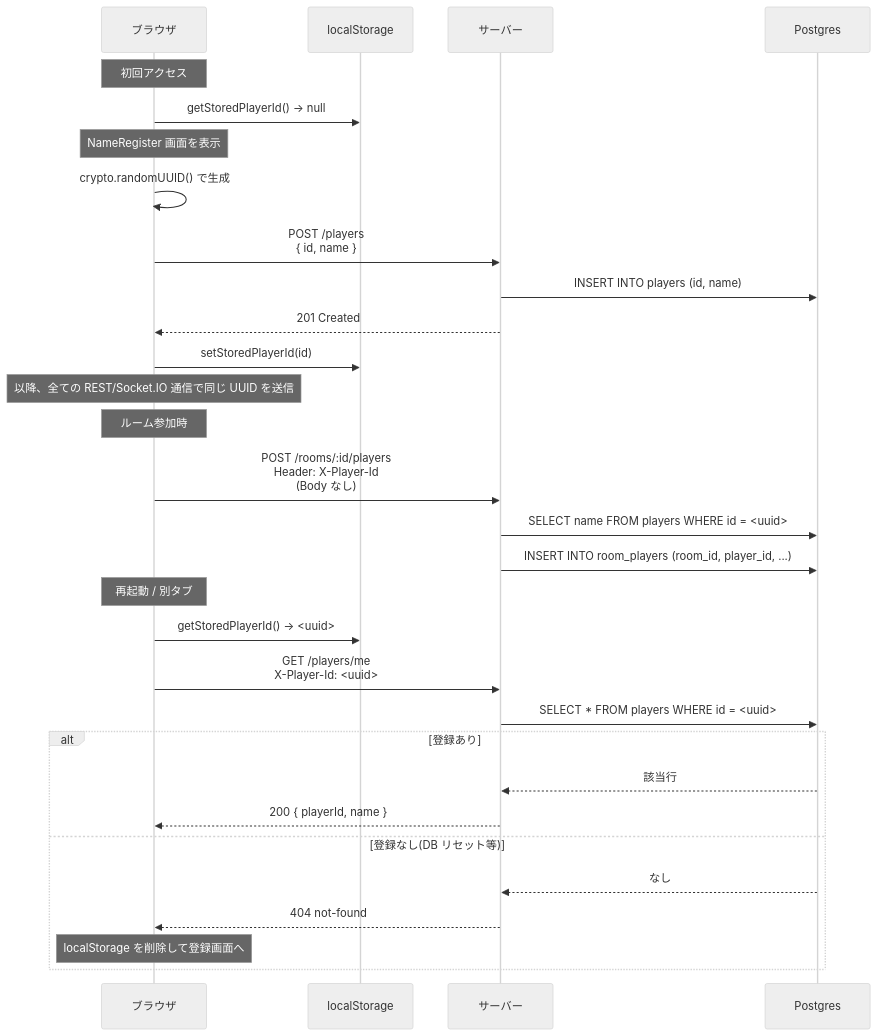
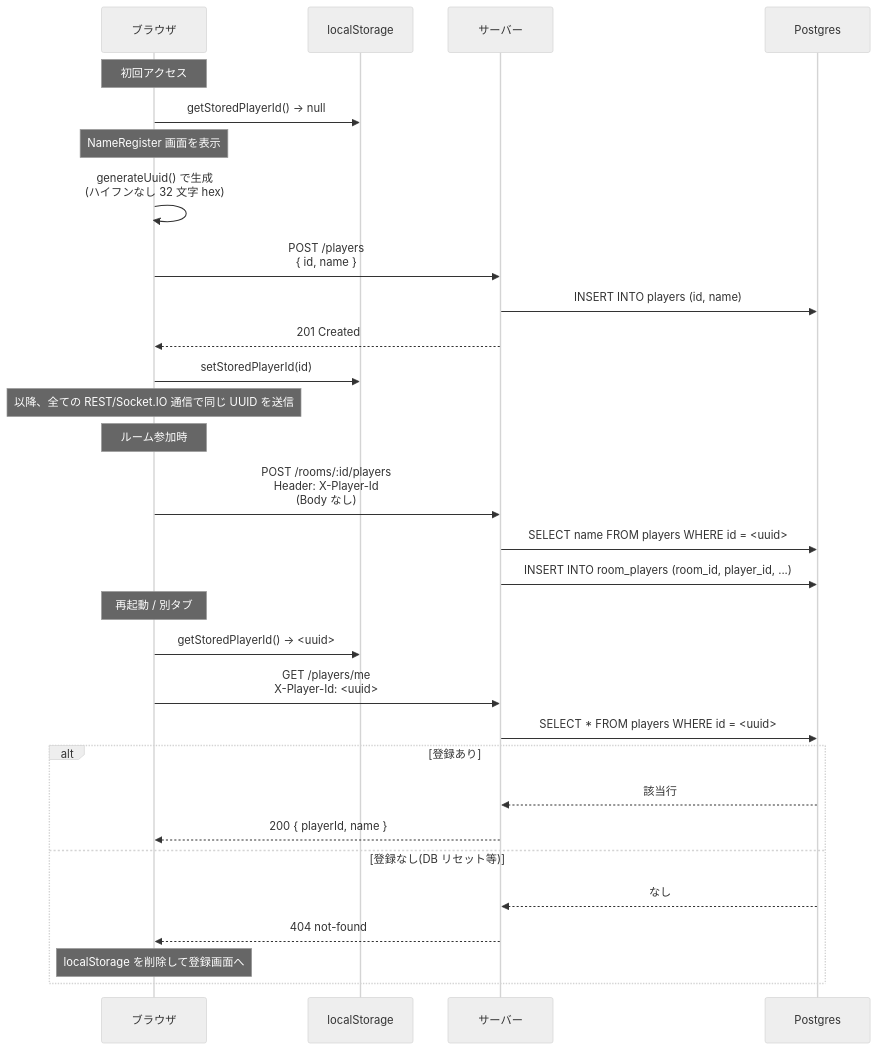
Before and after one commit to calm1205/bluff-auction: the first of 5 diagrams in docs/design/06_authentication.md, drawn with Mermaid (neutral theme).

Commit message:
chore: auto-commit by Claude Code

````diff
--- a/docs/design/06_authentication.md
+++ b/docs/design/06_authentication.md
@@ -15,35 +15,35 @@
 ```mermaid
 sequenceDiagram
     participant B as ブラウザ
     participant LS as localStorage
     participant S as サーバー
     participant DB as Postgres
 
     Note over B: 初回アクセス
     B->>LS: getStoredPlayerId() → null
     Note over B: NameRegister 画面を表示
-    B->>B: crypto.randomUUID() で生成
+    B->>B: generateUuid() で生成<br/>(ハイフンなし 32 文字 hex)
     B->>S: POST /players<br/>{ id, name }
     S->>DB: INSERT INTO players (id, name)
     S-->>B: 201 Created
     B->>LS: setStoredPlayerId(id)
     Note over B: 以降、全ての REST/Socket.IO 通信で同じ UUID を送信
 
     Note over B: ルーム参加時
     B->>S: POST /rooms/:id/players<br/>Header: X-Player-Id<br/>(Body なし)
     S->>DB: SELECT name FROM players WHERE id = <uuid>
     S->>DB: INSERT INTO room_players (room_id, player_id, ...)
 
     Note over B: 再起動 / 別タブ
     B->>LS: getStoredPlayerId() → <uuid>
     B->>S: GET /players/me<br/>X-Player-Id: <uuid>
     S->>DB: SELECT * FROM players WHERE id = <uuid>
     alt 登録あり
         DB-->>S: 該当行
         S-->>B: 200 { playerId, name }
     else 登録なし(DB リセット等)
         DB-->>S: なし
         S-->>B: 404 not-found
         Note over B: localStorage を削除して登録画面へ
     end
 ```
````
